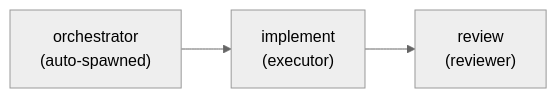
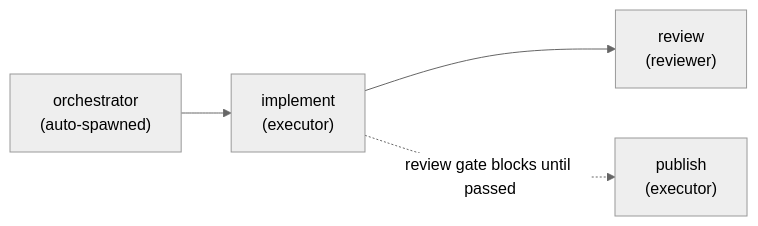
The first of 2 diagrams in raxis/raxis-concepts/10-v2-orchestration.md (chika5105/raxis), drawn with Mermaid (neutral theme) before and after one commit. The commit also changed other lines of this file and 218 other files, not shown here.

````diff
--- a/raxis/raxis-concepts/10-v2-orchestration.md
+++ b/raxis/raxis-concepts/10-v2-orchestration.md
@@ -71,9 +75,11 @@
 ```mermaid
 flowchart LR
     Orchestrate["orchestrator<br/>(auto-spawned)"]
     Implement["implement<br/>(executor)"]
     Review["review<br/>(reviewer)"]
+    Publish["publish<br/>(executor)"]
 
     Orchestrate --> Implement
     Implement --> Review
+    Implement -. "review gate blocks until passed" .-> Publish
 ```
````
